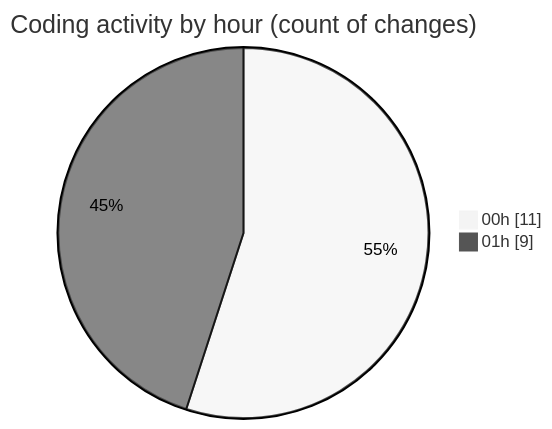
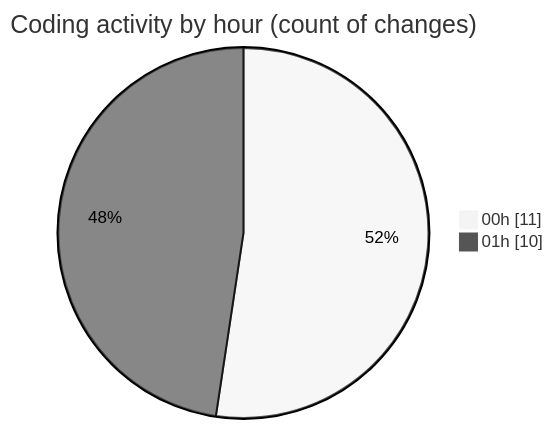
Before and after one commit to julien-gomy/code-tracking: the second of 2 diagrams in 2025-11-02/cdp_aleoudev_fr__workspace_/README.md, drawn with Mermaid (neutral theme). The commit also changed other lines of this file and 1 other file, not shown here.

````diff
--- a/2025-11-02/cdp_aleoudev_fr__workspace_/README.md
+++ b/2025-11-02/cdp_aleoudev_fr__workspace_/README.md
@@ -32,6 +32,6 @@
 ```mermaid
 pie showData
 title Coding activity by hour (count of changes)
 "00h" : 11
-"01h" : 9
+"01h" : 10
 ```
````
